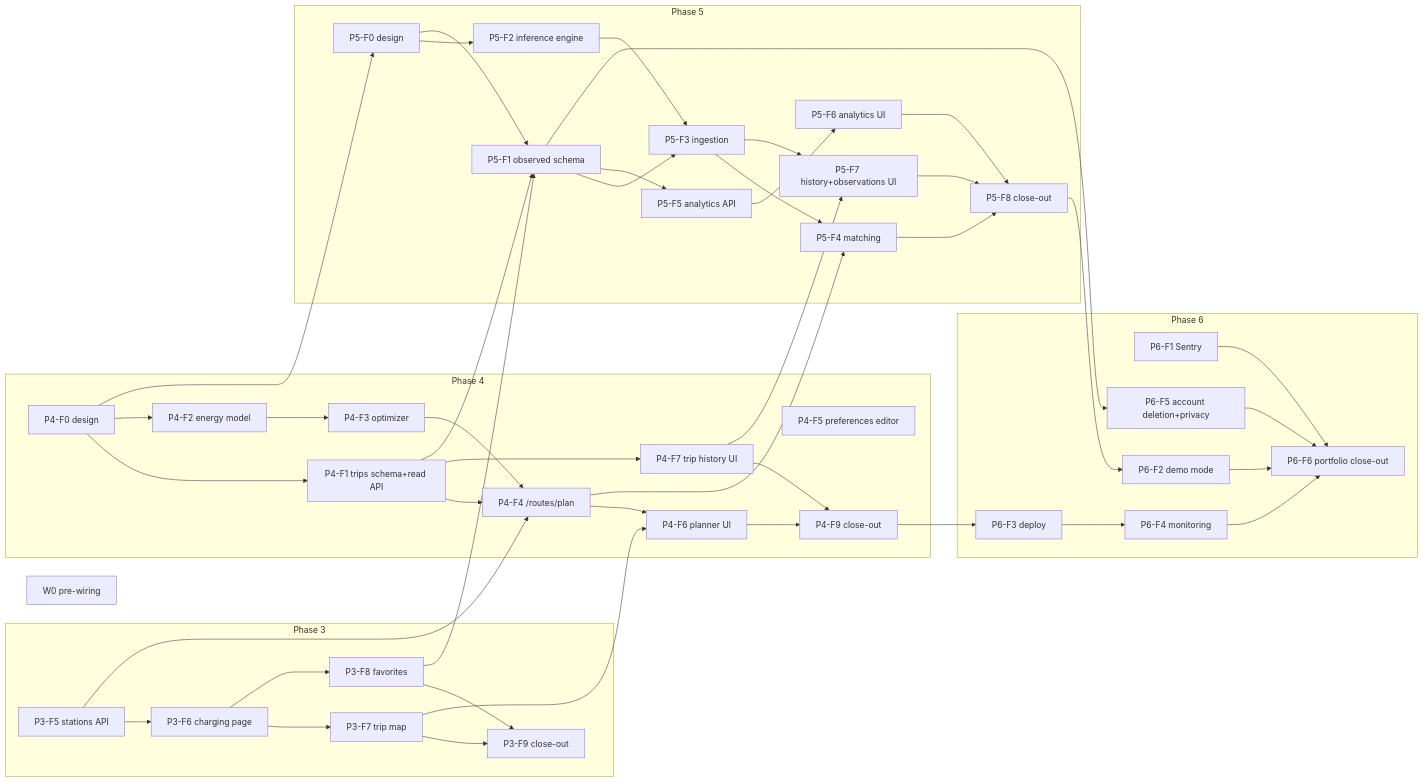
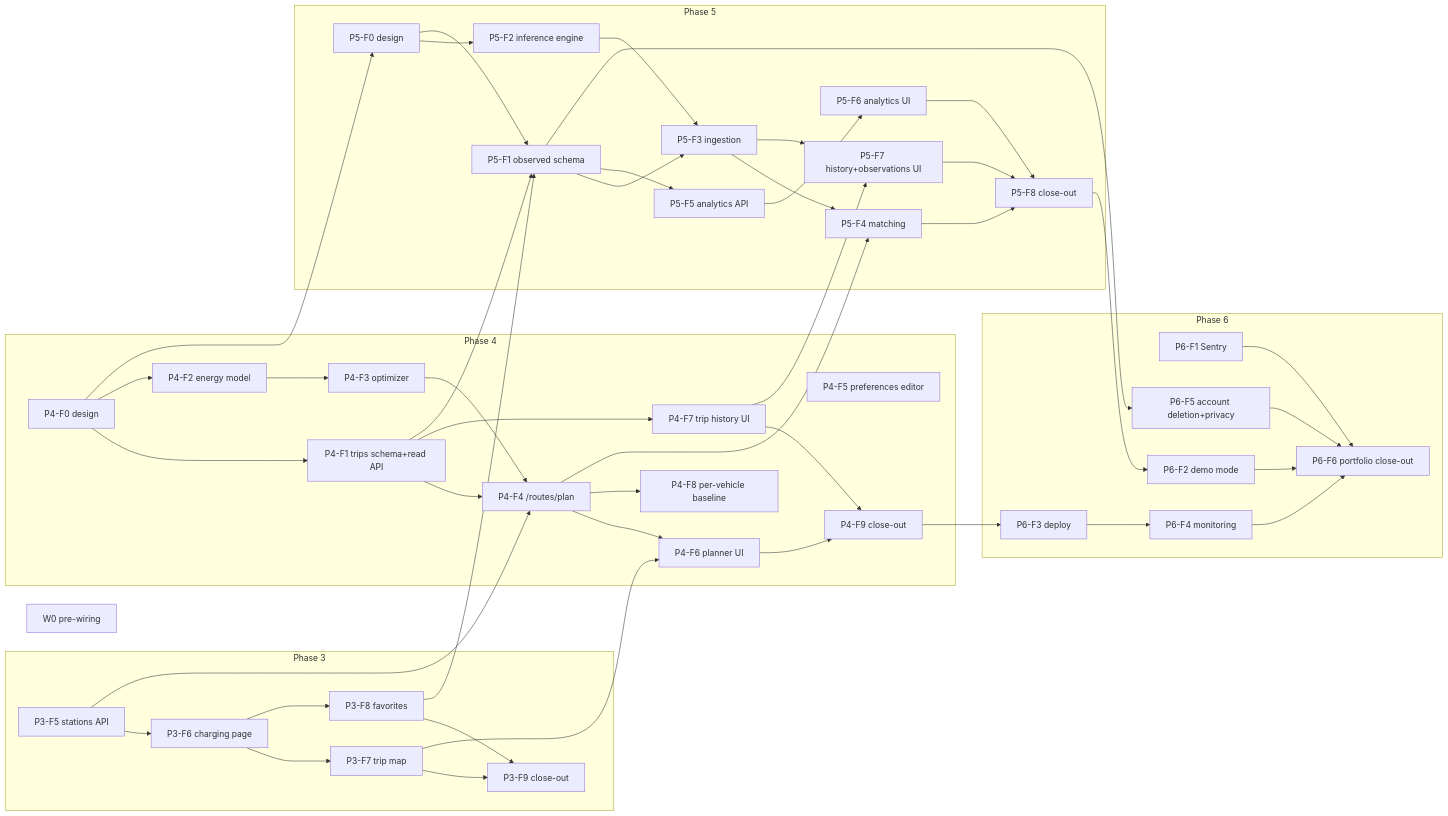
The diagram in docs/plan.md (ayush-regmi/ChargeWaze), drawn with Mermaid before and after one commit. The commit also changed other lines of this file and 1 other file, not shown here.

First line of the commit message:
docs(plan): add P4-F8 per-vehicle consumption baseline follow-up

````diff
--- a/docs/plan.md
+++ b/docs/plan.md
@@ -143,52 +143,53 @@
 ```mermaid
 flowchart LR
   W0[W0 pre-wiring]
   subgraph P3[Phase 3]
     F5[P3-F5 stations API] --> F6[P3-F6 charging page] --> F7[P3-F7 trip map] --> F9[P3-F9 close-out]
     F6 --> F8[P3-F8 favorites] --> F9
   end
   subgraph P4[Phase 4]
     P4F0[P4-F0 design] --> P4F1[P4-F1 trips schema+read API]
     P4F0 --> P4F2[P4-F2 energy model] --> P4F3[P4-F3 optimizer]
     P4F1 --> P4F4[P4-F4 /routes/plan]
     P4F3 --> P4F4
     P4F4 --> P4F6[P4-F6 planner UI]
     P4F1 --> P4F7[P4-F7 trip history UI]
     P4F5[P4-F5 preferences editor]
     P4F6 --> P4F9[P4-F9 close-out]
     P4F7 --> P4F9
+    P4F4 --> P4F8[P4-F8 per-vehicle baseline]
   end
   subgraph P5[Phase 5]
     P5F0[P5-F0 design] --> P5F2[P5-F2 inference engine]
     P5F0 --> P5F1[P5-F1 observed schema]
     P5F1 --> P5F3[P5-F3 ingestion]
     P5F2 --> P5F3
     P5F3 --> P5F4[P5-F4 matching]
     P5F1 --> P5F5[P5-F5 analytics API] --> P5F6[P5-F6 analytics UI]
     P5F3 --> P5F7[P5-F7 history+observations UI]
     P5F4 --> P5F8[P5-F8 close-out]
     P5F6 --> P5F8
     P5F7 --> P5F8
   end
   subgraph P6[Phase 6]
     P6F1[P6-F1 Sentry]
     P6F3[P6-F3 deploy] --> P6F4[P6-F4 monitoring]
     P6F2[P6-F2 demo mode]
     P6F5[P6-F5 account deletion+privacy]
     P6F6[P6-F6 portfolio close-out]
   end
   F5 --> P4F4
   F7 --> P4F6
   P4F1 --> P5F1
   P4F4 --> P5F4
   P4F0 --> P5F0
   P4F7 --> P5F7
   P4F9 --> P6F3
   P5F1 --> P6F5
   P5F8 --> P6F2
   F8 --> P5F1
   P6F2 --> P6F6
   P6F4 --> P6F6
   P6F5 --> P6F6
   P6F1 --> P6F6
 ```
````
